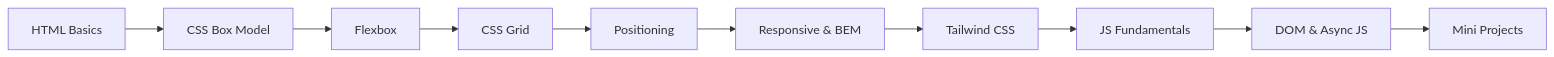
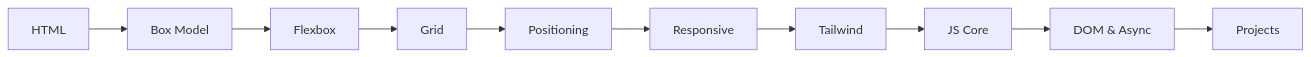
The diagram in README.md (SaqibShah-dev/web-dev-journey), drawn with Mermaid before and after one commit. The commit also changed other lines of this file, not shown here.

````diff
--- a/README.md
+++ b/README.md
@@ -69,12 +75,12 @@
 ```mermaid
 graph LR
-    A[HTML Basics] --> B[CSS Box Model]
+    A[HTML] --> B[Box Model]
     B --> C[Flexbox]
-    C --> D[CSS Grid]
+    C --> D[Grid]
     D --> E[Positioning]
-    E --> F[Responsive & BEM]
-    F --> G[Tailwind CSS]
-    G --> H[JS Fundamentals]
-    H --> I[DOM & Async JS]
-    I --> J[Mini Projects]
+    E --> F[Responsive]
+    F --> G[Tailwind]
+    G --> H[JS Core]
+    H --> I[DOM & Async]
+    I --> J[Projects]
 ```
````
